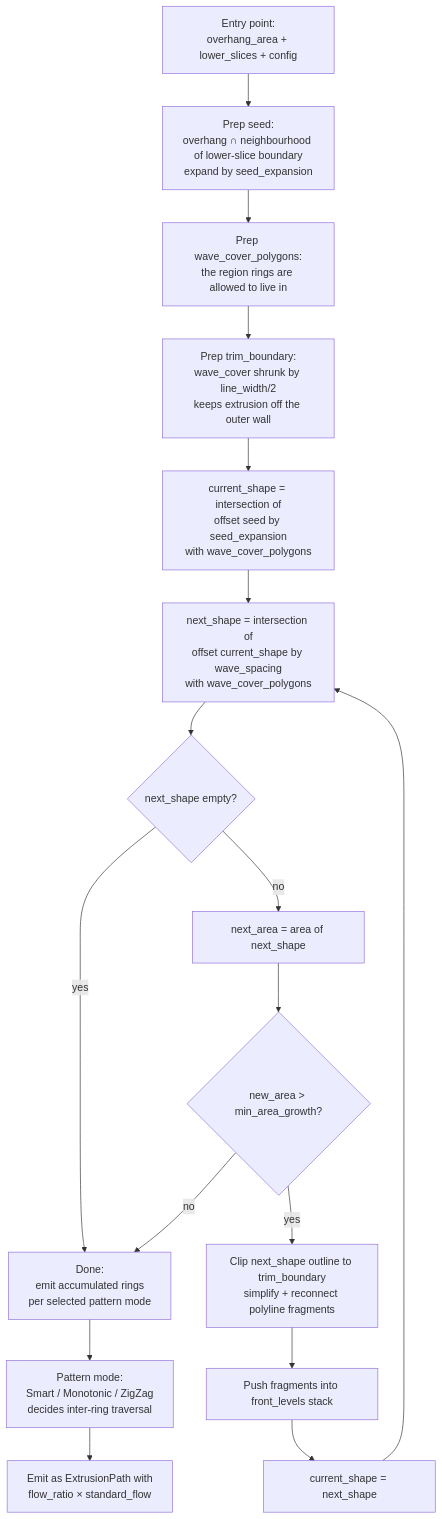
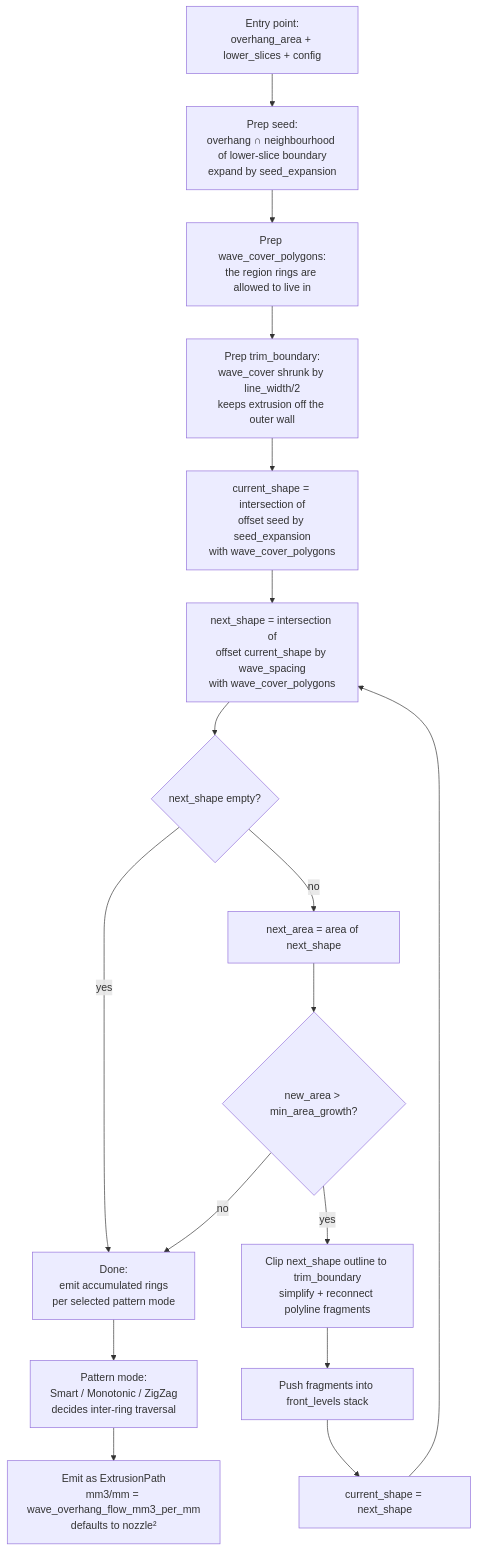
One commit to dennisklappe/OrcaSlicer-WaveOverhangs changed the first of 2 diagrams in docs/ALGORITHMS.md. Above: the diagram before and after it, drawn with Mermaid. The commit also changed other lines of this file and 11 other files, not shown here.

First line of the commit message:
refactor(wave-overhangs): unify flow model across Andersons and Kaiser

````diff
--- a/docs/ALGORITHMS.md
+++ b/docs/ALGORITHMS.md
@@ -39,25 +39,25 @@
 ```mermaid
 flowchart TD
     A[Entry point:<br/>overhang_area + lower_slices + config]
     B[Prep seed:<br/>overhang ∩ neighbourhood of lower-slice boundary<br/>expand by seed_expansion]
     C[Prep wave_cover_polygons:<br/>the region rings are allowed to live in]
     D[Prep trim_boundary:<br/>wave_cover shrunk by line_width/2<br/>keeps extrusion off the outer wall]
     E[current_shape = intersection of<br/>offset seed by seed_expansion<br/>with wave_cover_polygons]
     F[next_shape = intersection of<br/>offset current_shape by wave_spacing<br/>with wave_cover_polygons]
     G{next_shape empty?}
     H[Done:<br/>emit accumulated rings<br/>per selected pattern mode]
     I[next_area = area of next_shape]
     J{new_area > min_area_growth?}
     K[Clip next_shape outline to trim_boundary<br/>simplify + reconnect polyline fragments]
     L[Push fragments into front_levels stack]
     M[current_shape = next_shape]
     N[Pattern mode:<br/>Smart / Monotonic / ZigZag<br/>decides inter-ring traversal]
-    O[Emit as ExtrusionPath with<br/>flow_ratio × standard_flow]
+    O[Emit as ExtrusionPath<br/>mm3/mm = wave_overhang_flow_mm3_per_mm<br/>defaults to nozzle²]
 
     A --> B --> C --> D --> E --> F --> G
     G -- yes --> H
     G -- no --> I --> J
     J -- no --> H
     J -- yes --> K --> L --> M --> F
     H --> N --> O
 ```
````
